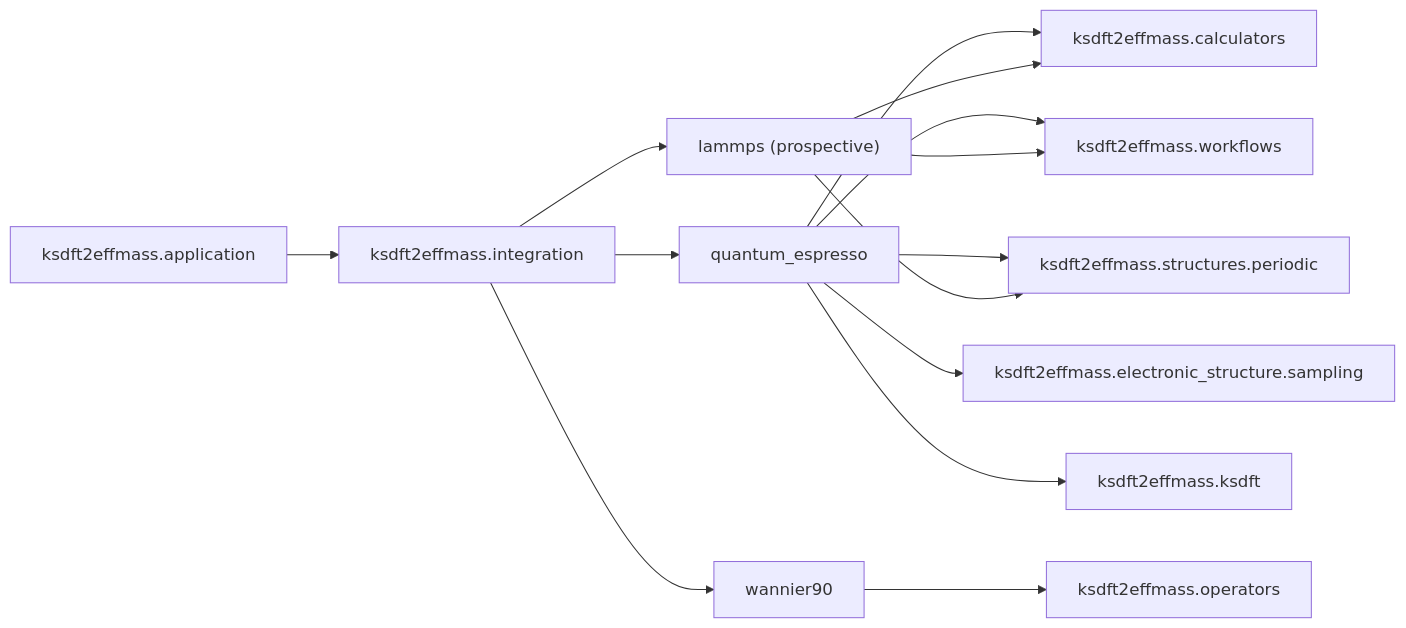
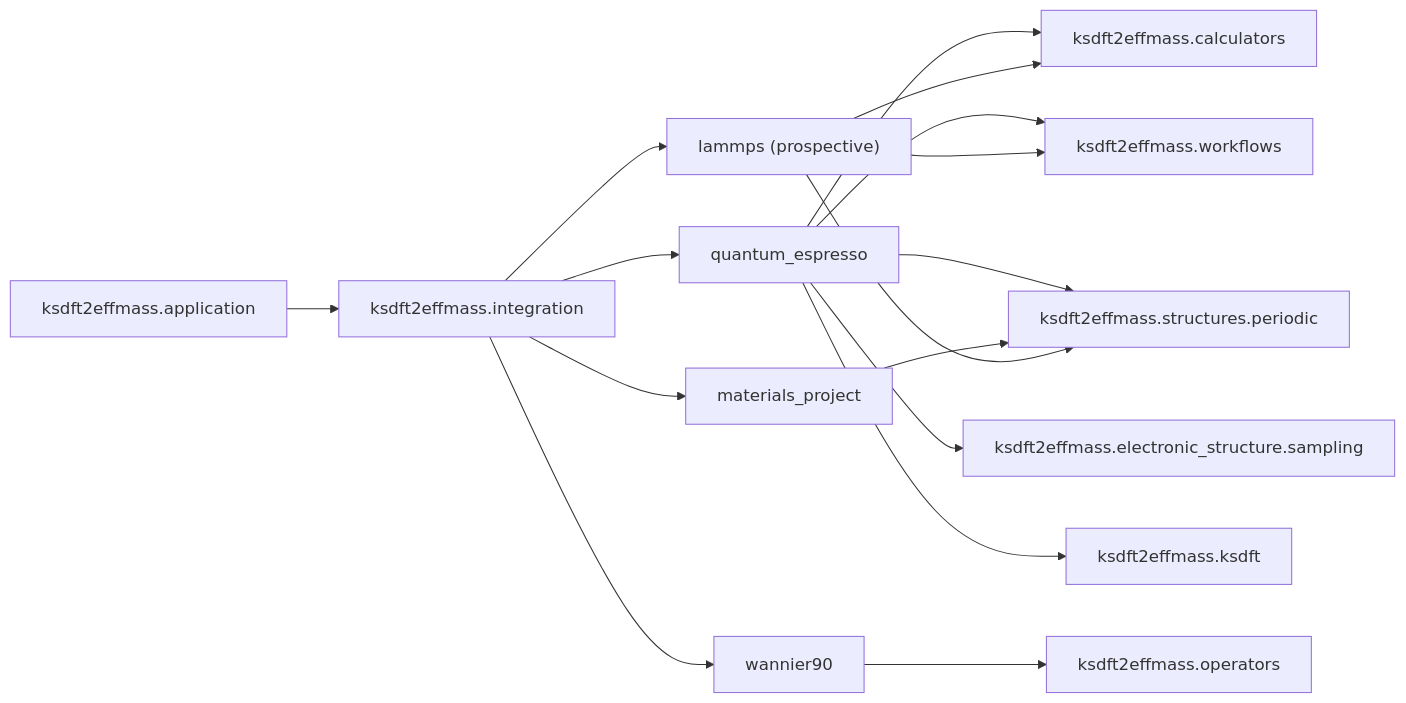
The diagram in docs/architecture/v2/ksdft2effmass/integration/index.md (eragasa/ksdft2effmass), drawn with Mermaid before and after one commit. The commit also changed other lines of this file and 467 other files, not shown here.

````diff
--- a/docs/architecture/v2/ksdft2effmass/integration/index.md
+++ b/docs/architecture/v2/ksdft2effmass/integration/index.md
@@ -14,16 +19,18 @@
 ```mermaid
 flowchart LR
     app["ksdft2effmass.application"] --> integration["ksdft2effmass.integration"]
     integration --> qe["quantum_espresso"]
     integration --> wannier90["wannier90"]
+    integration --> materials_project["materials_project"]
     integration --> lammps["lammps (prospective)"]
     qe --> calculators["ksdft2effmass.calculators"]
     qe --> workflows["ksdft2effmass.workflows"]
     qe --> structures["ksdft2effmass.structures.periodic"]
     qe --> sampling["ksdft2effmass.electronic_structure.sampling"]
     qe --> ksdft["ksdft2effmass.ksdft"]
     wannier90 --> operators["ksdft2effmass.operators"]
+    materials_project --> structures
     lammps --> calculators
     lammps --> workflows
     lammps --> structures
 ```
````
